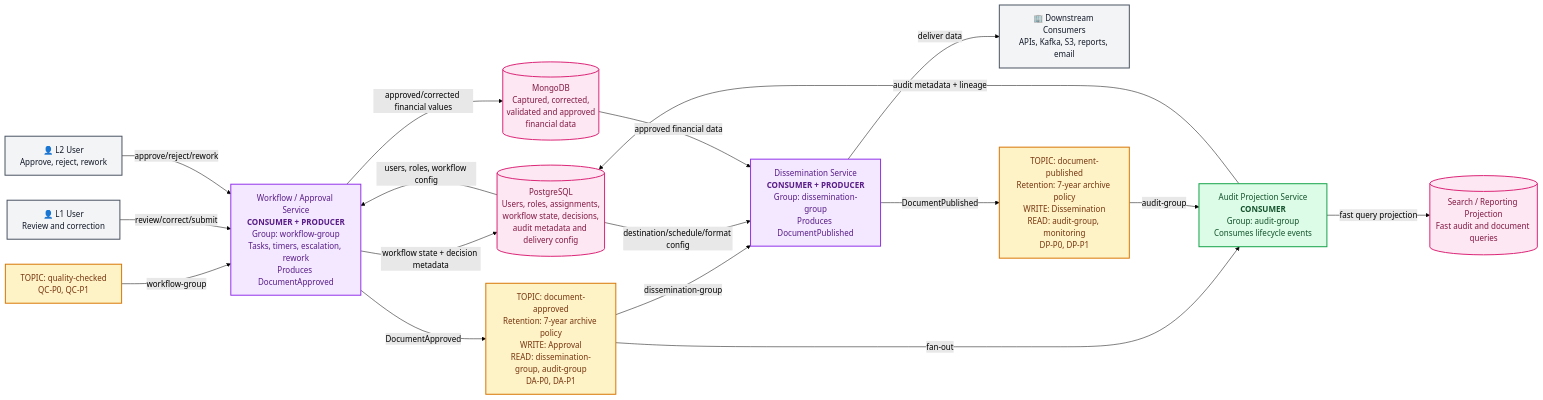
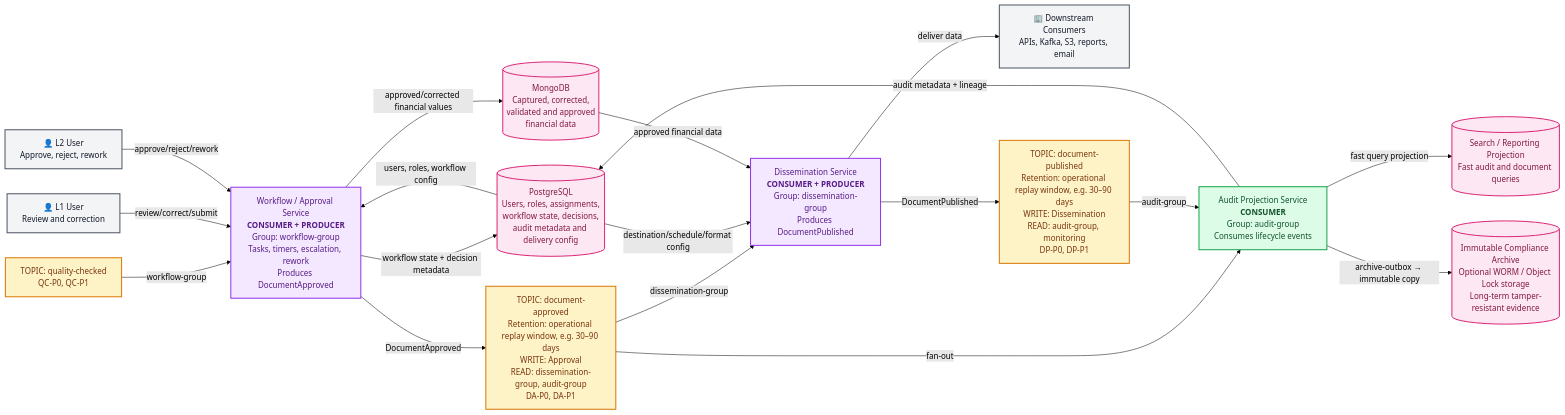
Before and after one commit to arpit-jain-mygit/interview-preparation: the sixth of 6 diagrams in Kafka-Questions.md, drawn with Mermaid (forest theme). The commit also changed other lines of this file, not shown here.

Commit message:
Add DCP ordering durability and audit deep dive

````diff
--- a/Kafka-Questions.md
+++ b/Kafka-Questions.md
@@ -300,40 +301,42 @@
 ```mermaid
 flowchart LR
     L1["👤 L1 User<br/>Review and correction"]:::actor
     L2["👤 L2 User<br/>Approve, reject, rework"]:::actor
     TARGET["🏢 Downstream Consumers<br/>APIs, Kafka, S3, reports, email"]:::actor
 
     QC["TOPIC: quality-checked<br/>QC-P0, QC-P1"]:::topic
     REVIEW["Workflow / Approval Service<br/><b>CONSUMER + PRODUCER</b><br/>Group: workflow-group<br/>Tasks, timers, escalation, rework<br/>Produces DocumentApproved"]:::both
     PG[("PostgreSQL<br/>Users, roles, assignments,<br/>workflow state, decisions,<br/>audit metadata and delivery config")]:::store
     MONGO[("MongoDB<br/>Captured, corrected,<br/>validated and approved<br/>financial data")]:::store
-    APPROVED["TOPIC: document-approved<br/>Retention: 7-year archive policy<br/>WRITE: Approval<br/>READ: dissemination-group, audit-group<br/>DA-P0, DA-P1"]:::topic
+    APPROVED["TOPIC: document-approved<br/>Retention: operational replay window, e.g. 30–90 days<br/>WRITE: Approval<br/>READ: dissemination-group, audit-group<br/>DA-P0, DA-P1"]:::topic
     DISSEM["Dissemination Service<br/><b>CONSUMER + PRODUCER</b><br/>Group: dissemination-group<br/>Produces DocumentPublished"]:::both
-    PUBLISHED["TOPIC: document-published<br/>Retention: 7-year archive policy<br/>WRITE: Dissemination<br/>READ: audit-group, monitoring<br/>DP-P0, DP-P1"]:::topic
+    PUBLISHED["TOPIC: document-published<br/>Retention: operational replay window, e.g. 30–90 days<br/>WRITE: Dissemination<br/>READ: audit-group, monitoring<br/>DP-P0, DP-P1"]:::topic
     AUDIT["Audit Projection Service<br/><b>CONSUMER</b><br/>Group: audit-group<br/>Consumes lifecycle events"]:::consumer
     SEARCH[("Search / Reporting Projection<br/>Fast audit and document queries")]:::store
+    ARCHIVE[("Immutable Compliance Archive<br/>Optional WORM / Object Lock storage<br/>Long-term tamper-resistant evidence")]:::store
 
     QC -->|"workflow-group"| REVIEW
     L1 -->|"review/correct/submit"| REVIEW
     L2 -->|"approve/reject/rework"| REVIEW
     PG -->|"users, roles, workflow config"| REVIEW
     REVIEW -->|"workflow state + decision metadata"| PG
     REVIEW -->|"approved/corrected financial values"| MONGO
     REVIEW -->|"DocumentApproved"| APPROVED
     APPROVED -->|"dissemination-group"| DISSEM
     APPROVED -->|"fan-out"| AUDIT
     PG -->|"destination/schedule/format config"| DISSEM
     MONGO -->|"approved financial data"| DISSEM
     DISSEM -->|"deliver data"| TARGET
     DISSEM -->|"DocumentPublished"| PUBLISHED
     PUBLISHED -->|"audit-group"| AUDIT
     AUDIT -->|"audit metadata + lineage"| PG
     AUDIT -->|"fast query projection"| SEARCH
+    AUDIT -->|"archive-outbox → immutable copy"| ARCHIVE
 
     classDef actor fill:#F3F4F6,stroke:#4B5563,color:#111827,stroke-width:2px;
     classDef producer fill:#DBEAFE,stroke:#2563EB,color:#1E3A8A,stroke-width:2px;
     classDef consumer fill:#DCFCE7,stroke:#16A34A,color:#14532D,stroke-width:2px;
     classDef both fill:#F3E8FF,stroke:#9333EA,color:#581C87,stroke-width:2px;
     classDef topic fill:#FEF3C7,stroke:#D97706,color:#78350F,stroke-width:2px;
     classDef store fill:#FCE7F3,stroke:#DB2777,color:#831843,stroke-width:2px;
 ```
````
